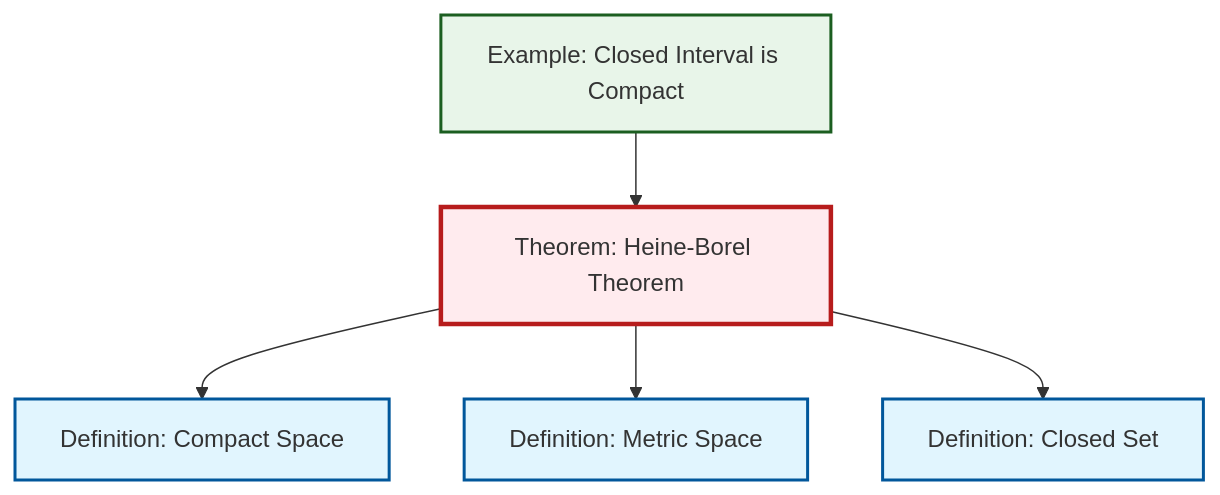
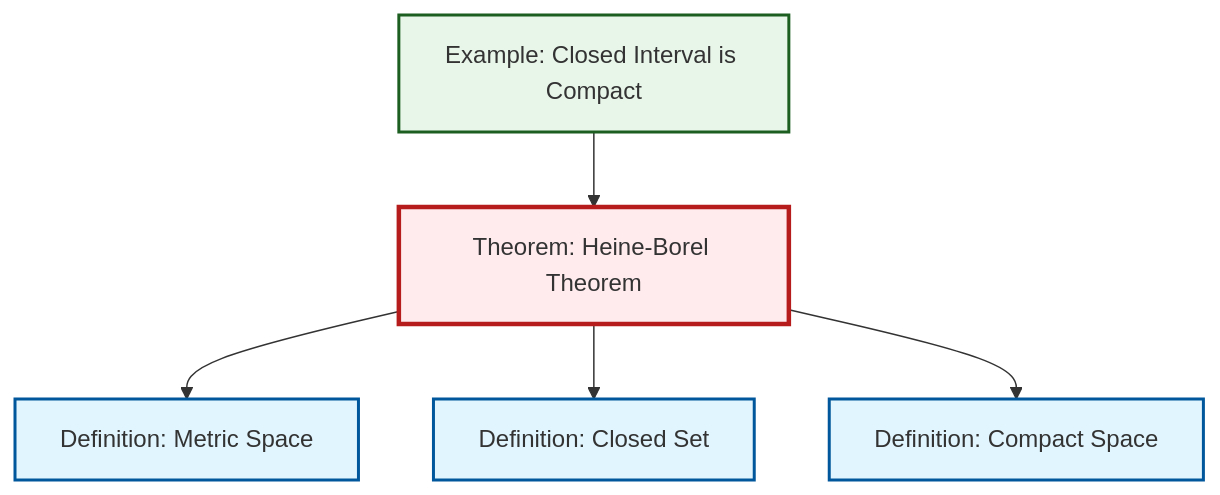
Before and after one commit to RK0429/ModernMath: the diagram in content/en/topology/thm-heine-borel.qmd, drawn with Mermaid. The commit also changed other lines of this file and 597 other files, not shown here.

````diff
--- a/content/en/topology/thm-heine-borel.qmd
+++ b/content/en/topology/thm-heine-borel.qmd
@@ -46,23 +46,23 @@
 ```{mermaid}
 %%| fig-cap: "Local dependency graph"
 graph TD
     classDef definition fill:#e1f5fe,stroke:#01579b,stroke-width:2px
     classDef theorem fill:#f3e5f5,stroke:#4a148c,stroke-width:2px
     classDef axiom fill:#fff3e0,stroke:#e65100,stroke-width:2px
     classDef example fill:#e8f5e9,stroke:#1b5e20,stroke-width:2px
     classDef current fill:#ffebee,stroke:#b71c1c,stroke-width:3px
     def-compact["Definition: Compact Space"]:::definition
     def-closed-set["Definition: Closed Set"]:::definition
     thm-heine-borel["Theorem: Heine-Borel Theorem"]:::theorem
+    def-metric-space["Definition: Metric Space"]:::definition
     ex-closed-interval-compact["Example: Closed Interval is Compact"]:::example
-    def-metric-space["Definition: Metric Space"]:::definition
+    thm-heine-borel --> def-metric-space
+    ex-closed-interval-compact --> thm-heine-borel
+    thm-heine-borel --> def-closed-set
     thm-heine-borel --> def-compact
-    ex-closed-interval-compact --> thm-heine-borel
-    thm-heine-borel --> def-metric-space
-    thm-heine-borel --> def-closed-set
     class thm-heine-borel current
     click def-compact "def-compact.html" "Go to Compact Space definition"
     click def-closed-set "def-closed-set.html" "Go to Closed Set definition"
+    click def-metric-space "def-metric-space.html" "Go to Metric Space definition"
     click ex-closed-interval-compact "ex-closed-interval-compact.html" "Go to Closed Interval is Compact example"
-    click def-metric-space "def-metric-space.html" "Go to Metric Space definition"
 ```
````
